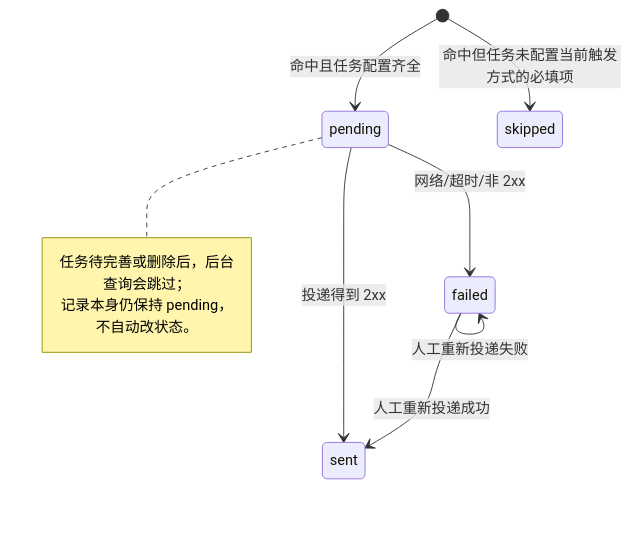
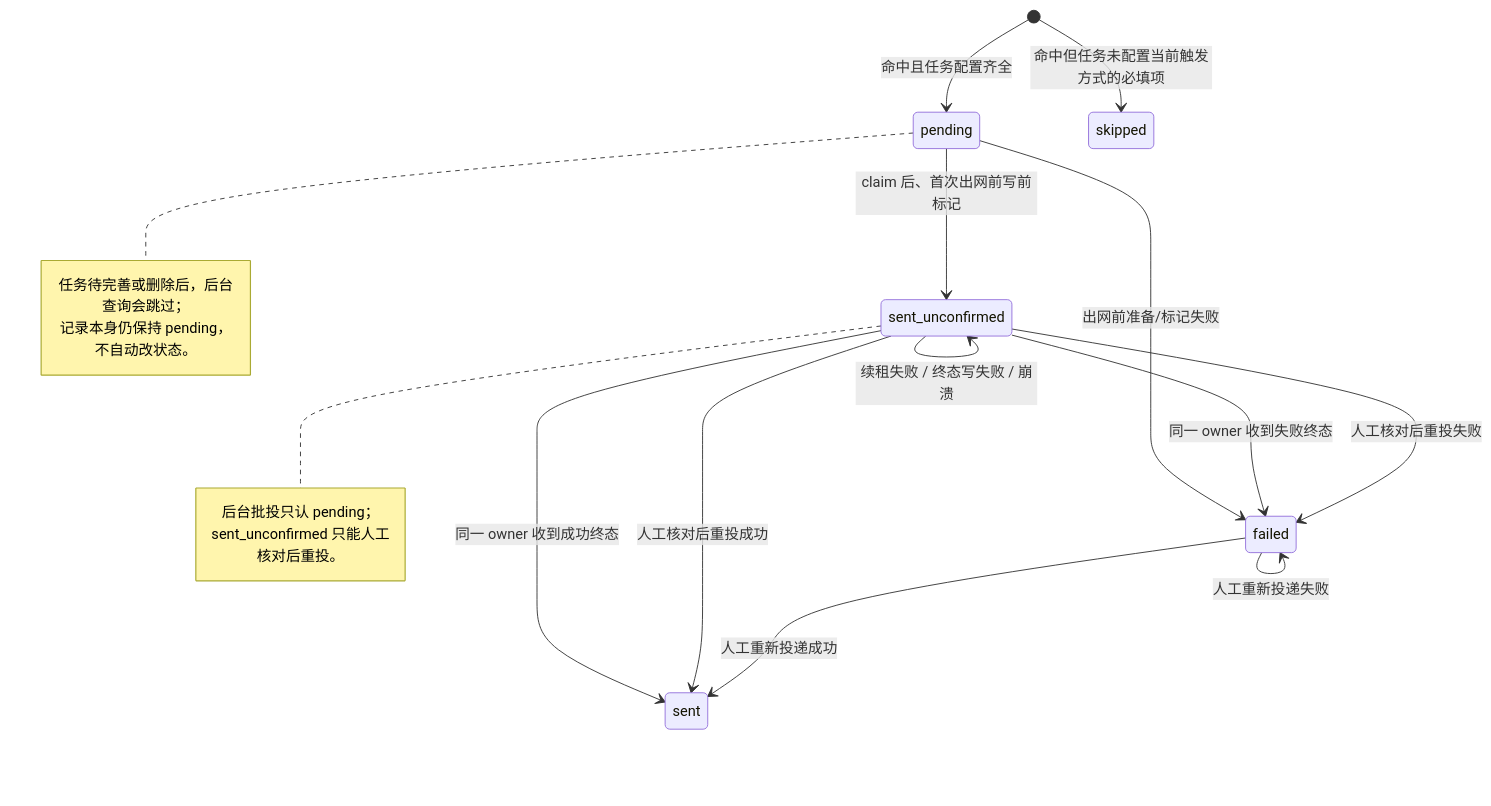
One commit to RASH-xiaowang/super_time changed the third of 3 diagrams in docs/TASK-CENTER.md. Above: the diagram before and after it, drawn with Mermaid. The commit also changed other lines of this file and 1250 other files, not shown here.

````diff
--- a/docs/TASK-CENTER.md
+++ b/docs/TASK-CENTER.md
@@ -329,13 +343,22 @@
 ```mermaid
 stateDiagram-v2
     [*] --> pending: 命中且任务配置齐全
     [*] --> skipped: 命中但任务未配置当前触发方式的必填项
-    pending --> sent: 投递得到 2xx
-    pending --> failed: 网络/超时/非 2xx
+    pending --> sent_unconfirmed: claim 后、首次出网前写前标记
+    pending --> failed: 出网前准备/标记失败
+    sent_unconfirmed --> sent: 同一 owner 收到成功终态
+    sent_unconfirmed --> failed: 同一 owner 收到失败终态
+    sent_unconfirmed --> sent: 人工核对后重投成功
+    sent_unconfirmed --> failed: 人工核对后重投失败
+    sent_unconfirmed --> sent_unconfirmed: 续租失败 / 终态写失败 / 崩溃
     failed --> sent: 人工重新投递成功
     failed --> failed: 人工重新投递失败
     note right of pending
         任务待完善或删除后，后台查询会跳过；
         记录本身仍保持 pending，不自动改状态。
     end note
+    note right of sent_unconfirmed
+        后台批投只认 pending；
+        sent_unconfirmed 只能人工核对后重投。
+    end note
 ```
````
